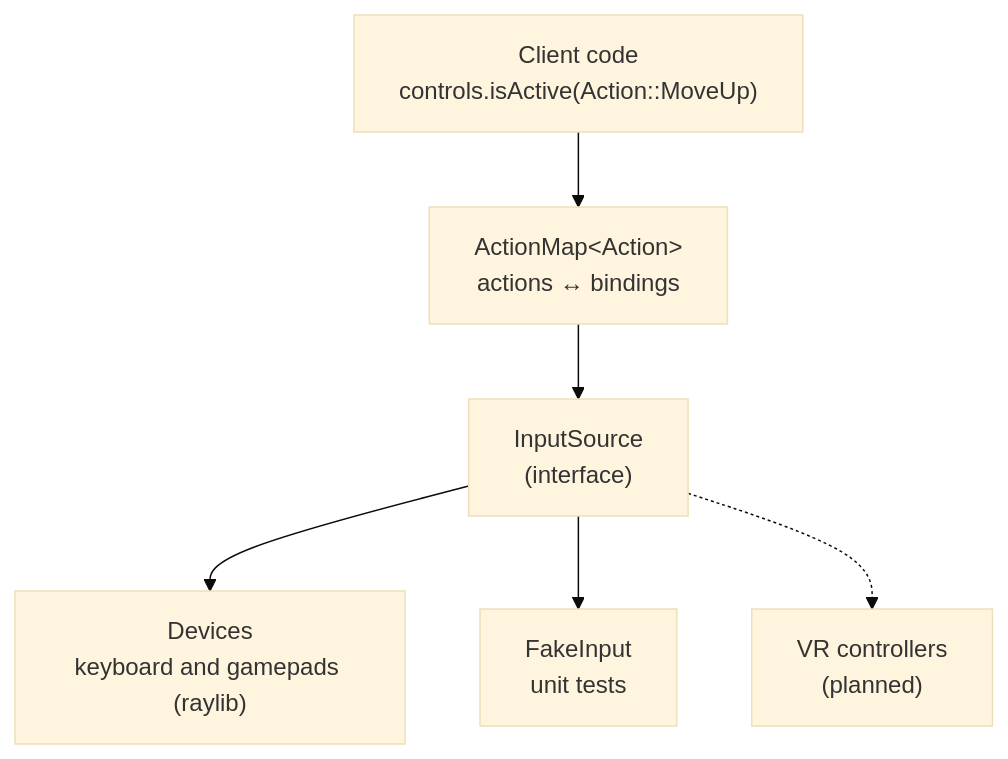
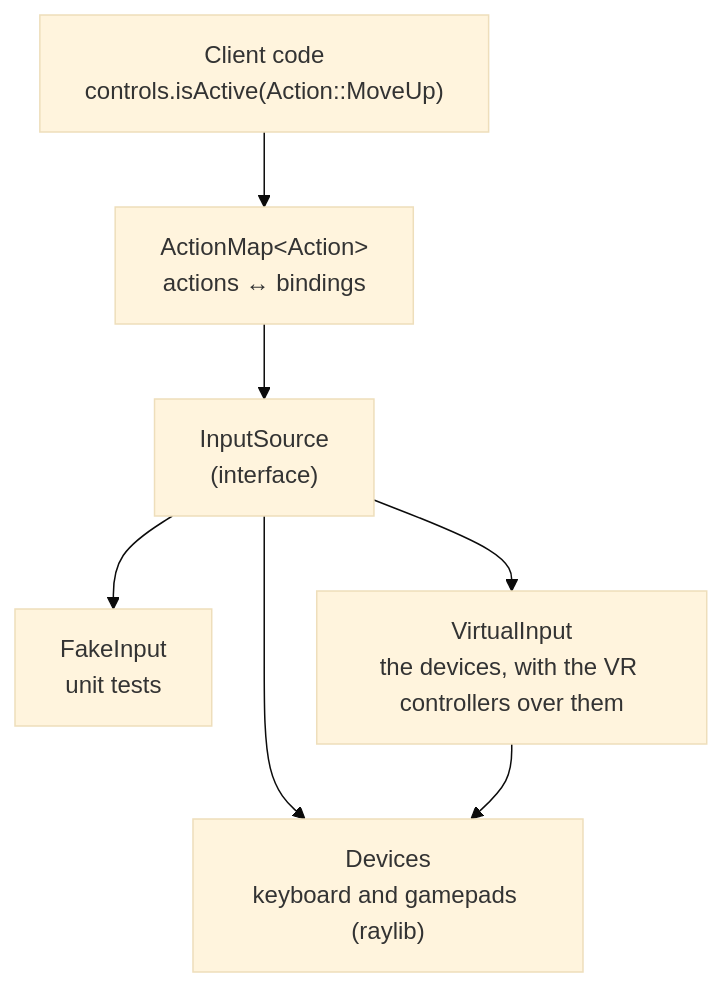
One commit to Akinator31/Rtype changed the first of 2 diagrams in docs/architecture/input.md. Above: the diagram before and after it, drawn with Mermaid (base theme). The commit also changed other lines of this file and 8 other files, not shown here.

````diff
--- a/docs/architecture/input.md
+++ b/docs/architecture/input.md
@@ -16,8 +16,9 @@
 ```mermaid
 flowchart TB
     Game["Client code<br/>controls.isActive(Action::MoveUp)"] --> Map["ActionMap#lt;Action#gt;<br/>actions ↔ bindings"]
     Map --> Source["InputSource<br/>(interface)"]
     Source --> Devices["Devices<br/>keyboard and gamepads (raylib)"]
     Source --> Fake["FakeInput<br/>unit tests"]
-    Source -.-> VR["VR controllers<br/>(planned)"]
+    Source --> Virtual["VirtualInput<br/>the devices, with the VR controllers over them"]
+    Virtual --> Devices
 ```
````
